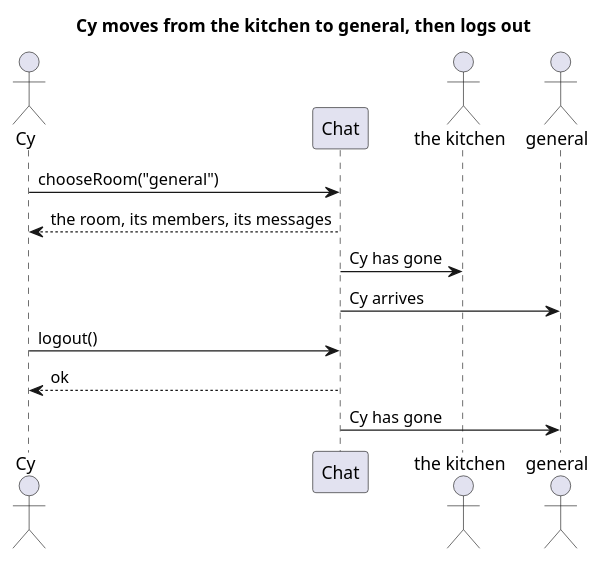
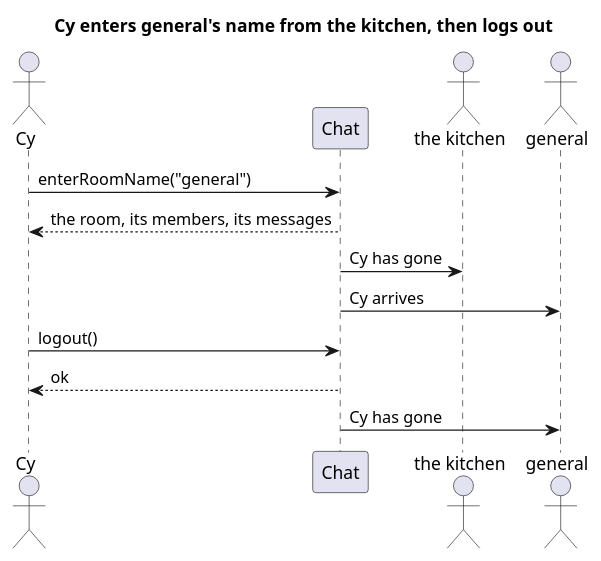
One commit to blueshed/dzql changed the diagram in uml/src/move-and-leave.puml. Above: the diagram before and after it, drawn with PlantUML. The commit also changed 5 other files, not shown here.

Commit message:
uml: chat in precise words -- enter a name, enter a room's name (goes in, makes it if nobody has) -- with every blank drawn as event [guard] / reply; the check now lists any refusal Api gives that no diagram draws

```diff
--- a/uml/src/move-and-leave.puml
+++ b/uml/src/move-and-leave.puml
@@ -1,15 +1,15 @@
 @startuml
-title Cy moves from the kitchen to general, then logs out
+title Cy enters general's name from the kitchen, then logs out
 actor "Cy" as cy
 participant "Chat" as app
 actor "the kitchen" as kitchen
 actor "general" as general
 
-cy -> app : chooseRoom("general")
+cy -> app : enterRoomName("general")
 app --> cy : the room, its members, its messages
 app -> kitchen : Cy has gone
 app -> general : Cy arrives
 cy -> app : logout()
 app --> cy : ok
 app -> general : Cy has gone
 @enduml
```
